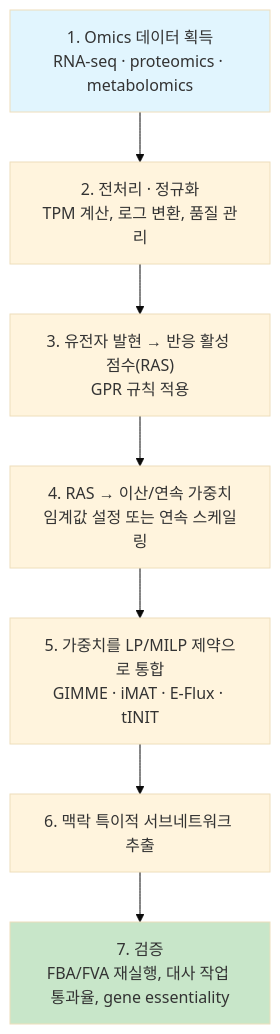
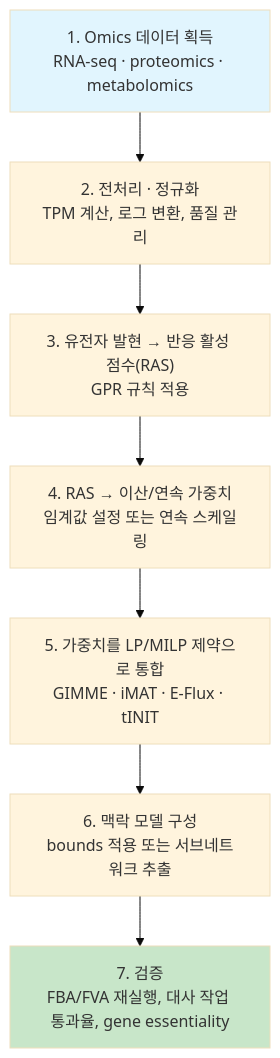
One commit to jyryu3161/ebook_metabolic_modeling changed the diagram in chapter-6/01.md. Above: the diagram before and after it, drawn with Mermaid (base theme). The commit also changed other lines of this file and 92 other files, not shown here.

````diff
--- a/chapter-6/01.md
+++ b/chapter-6/01.md
@@ -46,12 +44,12 @@
 ```mermaid
 flowchart TD
     A["1. Omics 데이터 획득<br/>RNA-seq · proteomics · metabolomics"] --> B["2. 전처리 · 정규화<br/>TPM 계산, 로그 변환, 품질 관리"]
     B --> C["3. 유전자 발현 → 반응 활성 점수(RAS)<br/>GPR 규칙 적용"]
     C --> D["4. RAS → 이산/연속 가중치<br/>임계값 설정 또는 연속 스케일링"]
     D --> E["5. 가중치를 LP/MILP 제약으로 통합<br/>GIMME · iMAT · E-Flux · tINIT"]
-    E --> F["6. 맥락 특이적 서브네트워크 추출"]
+    E --> F["6. 맥락 모델 구성<br/>bounds 적용 또는 서브네트워크 추출"]
     F --> G["7. 검증<br/>FBA/FVA 재실행, 대사 작업 통과율, gene essentiality"]
 
     style A fill:#e1f5fe
     style G fill:#c8e6c9
 ```
````
